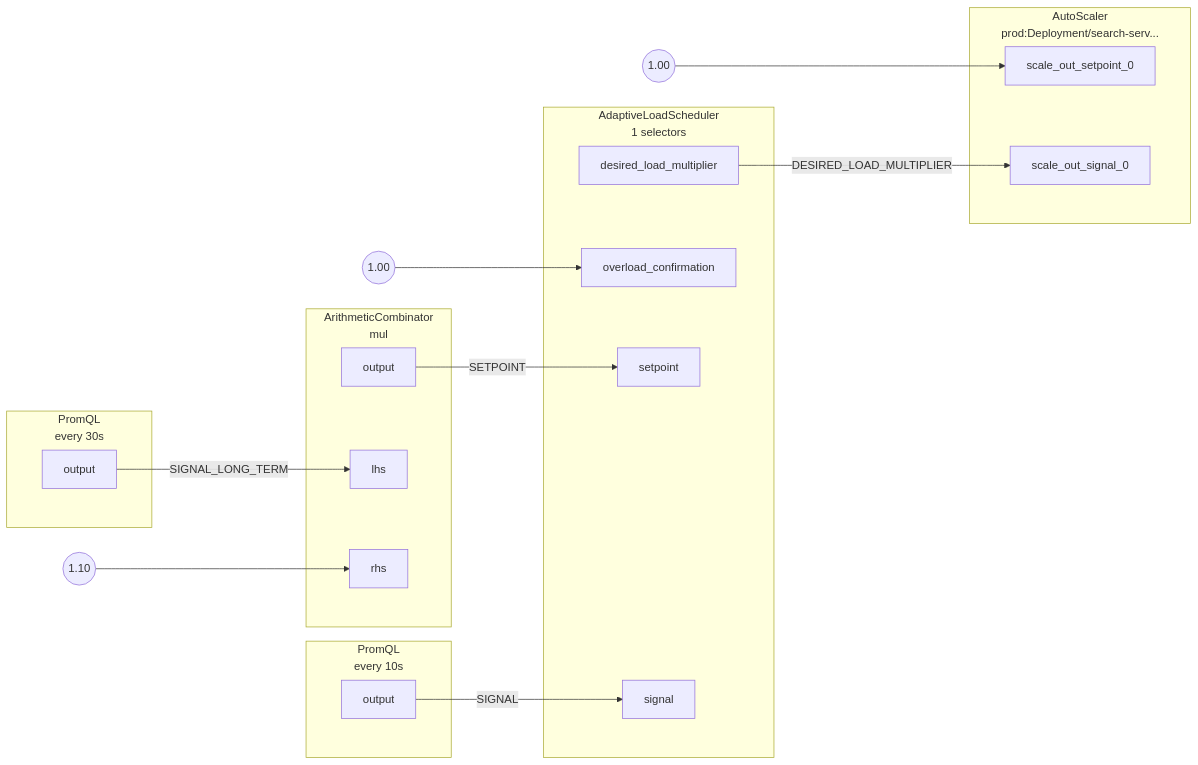
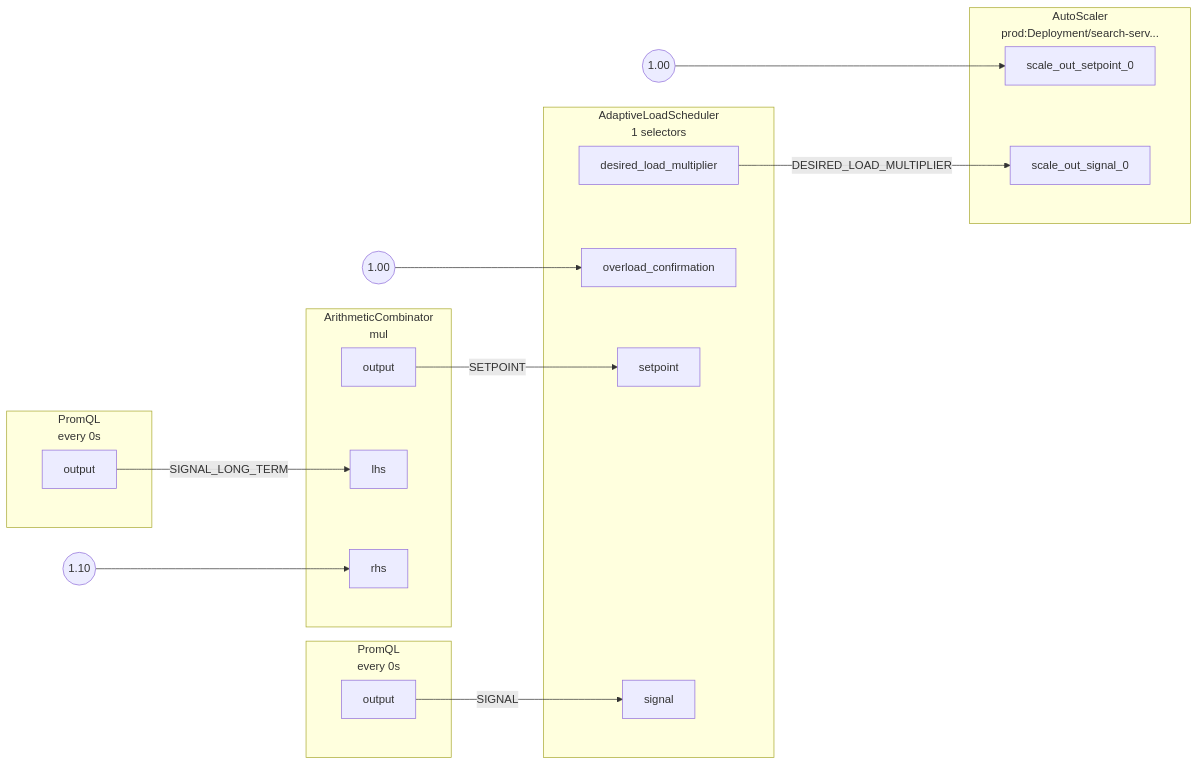
The diagram in docs/content/use-cases/auto-scaling/assets/load-based-auto-scaling/graph.mmd (dataongunlaws/aperture), drawn with Mermaid before and after one commit. The commit also changed 112 other files, not shown here.

```diff
--- a/docs/content/use-cases/auto-scaling/assets/load-based-auto-scaling/graph.mmd
+++ b/docs/content/use-cases/auto-scaling/assets/load-based-auto-scaling/graph.mmd
@@ -1,53 +1,53 @@
 flowchart LR
 subgraph root.0[<center>AdaptiveLoadScheduler<br/>1 selectors</center>]
 subgraph root.0_inports[ ]
 style root.0_inports fill:none,stroke:none
 root.0overload_confirmation[overload_confirmation]
 root.0setpoint[setpoint]
 root.0signal[signal]
 end
 subgraph root.0_outports[ ]
 style root.0_outports fill:none,stroke:none
 root.0desired_load_multiplier[desired_load_multiplier]
 end
 end
 root.0_overload_confirmation_FakeConstantout((1.00))
 subgraph root.1[<center>AutoScaler<br/>prod:Deployment/search-serv...</center>]
 subgraph root.1_inports[ ]
 style root.1_inports fill:none,stroke:none
 root.1scale_out_setpoint_0[scale_out_setpoint_0]
 root.1scale_out_signal_0[scale_out_signal_0]
 end
 end
 root.1_scale_out_setpoint_0_FakeConstantout((1.00))
-subgraph root.2[<center>PromQL<br/>every 10s</center>]
+subgraph root.2[<center>PromQL<br/>every 0s</center>]
 subgraph root.2_outports[ ]
 style root.2_outports fill:none,stroke:none
 root.2output[output]
 end
 end
-subgraph root.3[<center>PromQL<br/>every 30s</center>]
+subgraph root.3[<center>PromQL<br/>every 0s</center>]
 subgraph root.3_outports[ ]
 style root.3_outports fill:none,stroke:none
 root.3output[output]
 end
 end
 subgraph root.4[<center>ArithmeticCombinator<br/>mul</center>]
 subgraph root.4_inports[ ]
 style root.4_inports fill:none,stroke:none
 root.4lhs[lhs]
 root.4rhs[rhs]
 end
 subgraph root.4_outports[ ]
 style root.4_outports fill:none,stroke:none
 root.4output[output]
 end
 end
 root.4_rhs_FakeConstantout((1.10))
 root.0desired_load_multiplier --> |DESIRED_LOAD_MULTIPLIER| root.1scale_out_signal_0
 root.0_overload_confirmation_FakeConstantout --> root.0overload_confirmation
 root.1_scale_out_setpoint_0_FakeConstantout --> root.1scale_out_setpoint_0
 root.2output --> |SIGNAL| root.0signal
 root.3output --> |SIGNAL_LONG_TERM| root.4lhs
 root.4output --> |SETPOINT| root.0setpoint
 root.4_rhs_FakeConstantout --> root.4rhs
```
